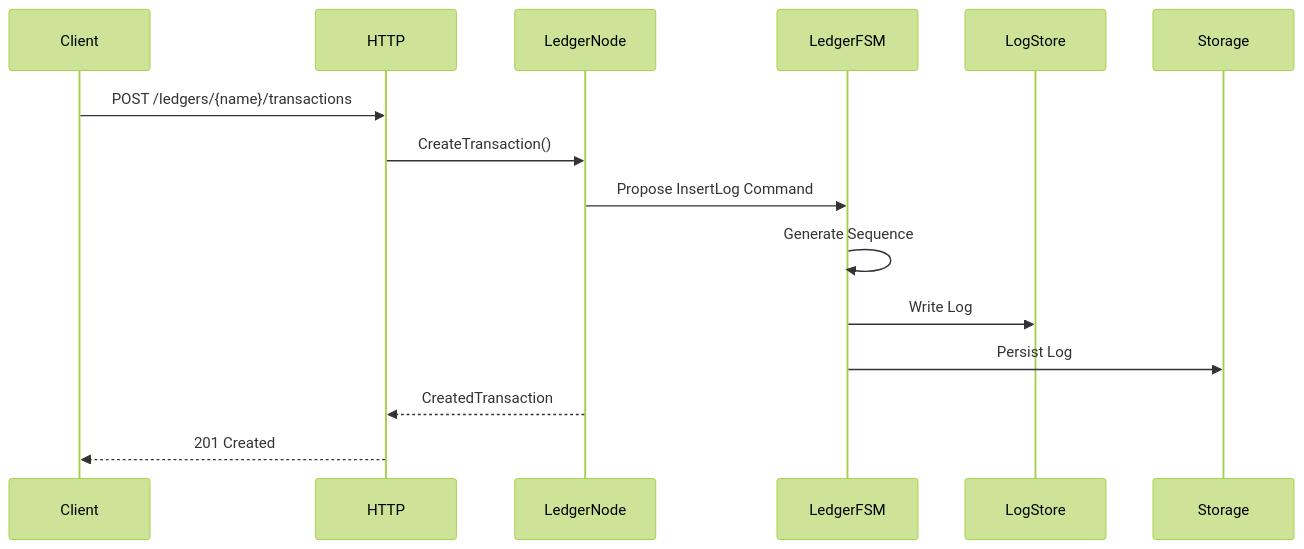
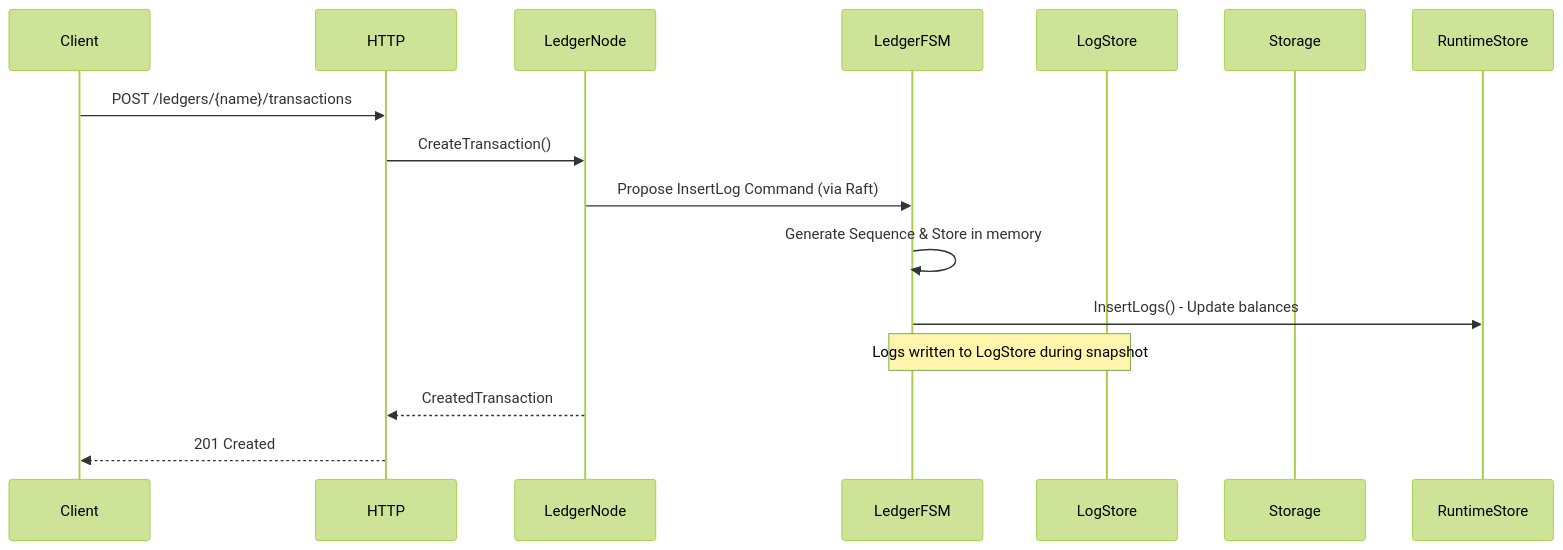
Before and after one commit to formancehq/ledger: the fifth of 6 diagrams in docs/architecture.md, drawn with Mermaid (forest theme). The commit also changed other lines of this file and 13 other files, not shown here.

````diff
--- a/docs/architecture.md
+++ b/docs/architecture.md
@@ -184,18 +184,18 @@
 ```mermaid
 sequenceDiagram
     participant Client
     participant HTTP
     participant LedgerNode
     participant LedgerFSM
     participant LogStore
     participant Storage
     
     Client->>HTTP: POST /ledgers/{name}/transactions
     HTTP->>LedgerNode: CreateTransaction()
-    LedgerNode->>LedgerFSM: Propose InsertLog Command
-    LedgerFSM->>LedgerFSM: Generate Sequence
-    LedgerFSM->>LogStore: Write Log
-    LedgerFSM->>Storage: Persist Log
+    LedgerNode->>LedgerFSM: Propose InsertLog Command (via Raft)
+    LedgerFSM->>LedgerFSM: Generate Sequence & Store in memory
+    LedgerFSM->>RuntimeStore: InsertLogs() - Update balances
+    Note over LedgerFSM,LogStore: Logs written to LogStore during snapshot
     LedgerNode-->>HTTP: CreatedTransaction
     HTTP-->>Client: 201 Created
 ```
````
